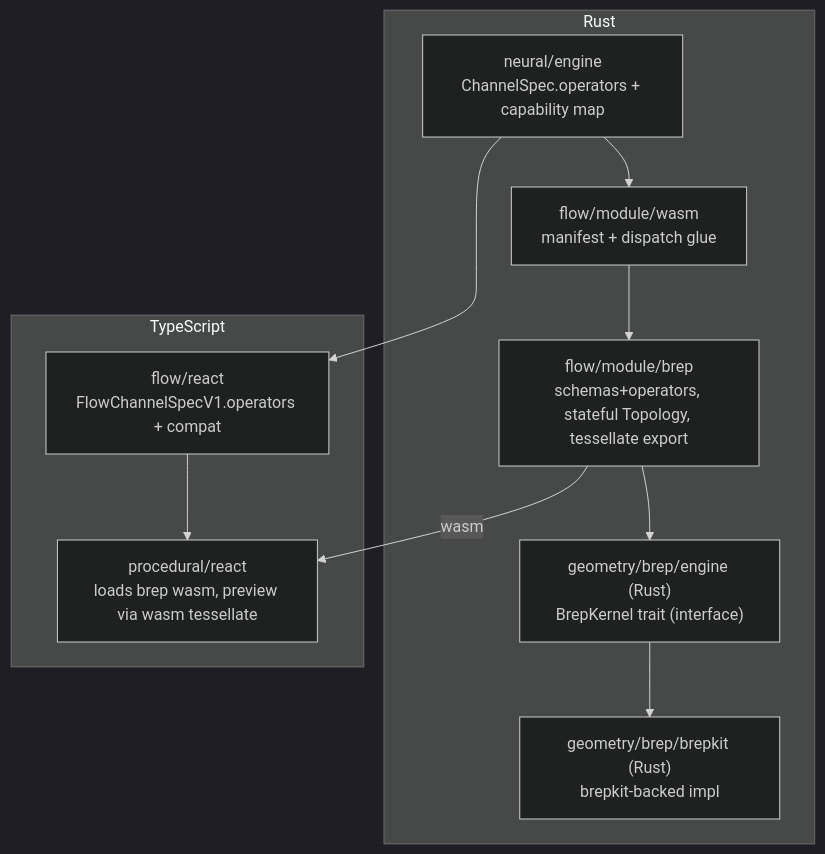
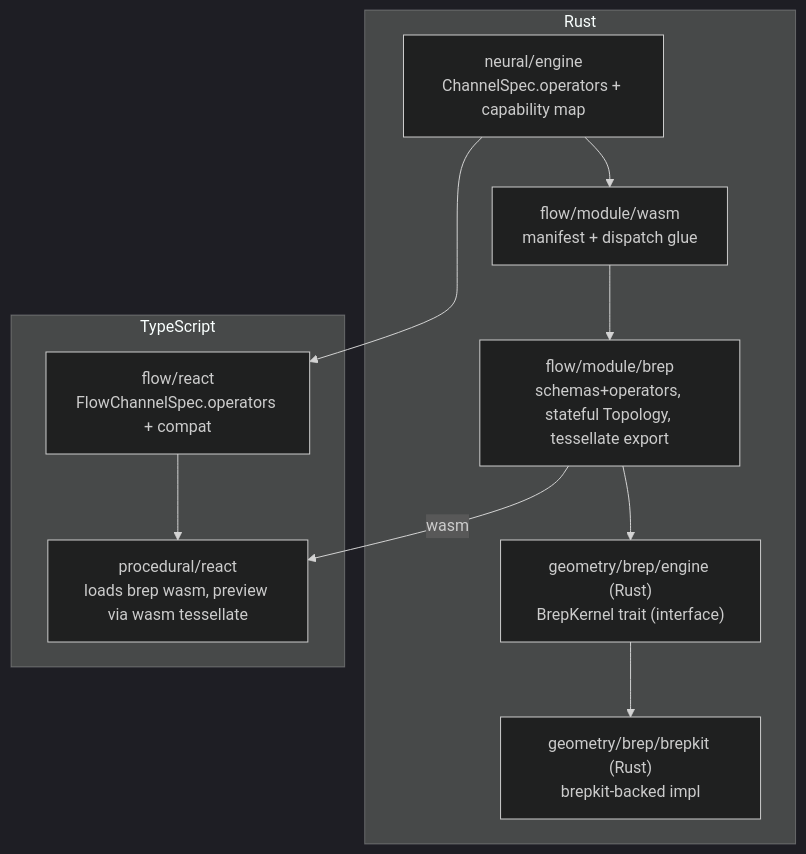
Before and after one commit to usalu/semio: the diagram in .cursor/plans/operator-typed_brep_nodes_a382c9bc.plan.md, drawn with Mermaid (dark theme). The commit also changed other lines of this file and 473 other files, not shown here.

````diff
--- a/.cursor/plans/operator-typed_brep_nodes_a382c9bc.plan.md
+++ b/.cursor/plans/operator-typed_brep_nodes_a382c9bc.plan.md
@@ -47,18 +47,18 @@
 ```mermaid
 graph TB
   subgraph rust [Rust]
     neural["neural/engine<br/>ChannelSpec.operators + capability map"]
     wasmglue["flow/module/wasm<br/>manifest + dispatch glue"]
     brepiface["geometry/brep/engine (Rust)<br/>BrepKernel trait (interface)"]
     brepimpl["geometry/brep/brepkit (Rust)<br/>brepkit-backed impl"]
     brepmod["flow/module/brep<br/>schemas+operators, stateful Topology, tessellate export"]
     neural --> wasmglue --> brepmod
     brepmod --> brepiface --> brepimpl
   end
   subgraph js [TypeScript]
-    flowreact["flow/react<br/>FlowChannelSpecV1.operators + compat"]
+    flowreact["flow/react<br/>FlowChannelSpec.operators + compat"]
     proc["procedural/react<br/>loads brep wasm, preview via wasm tessellate"]
     brepmod -->|wasm| proc
     neural --> flowreact --> proc
   end
 ```
````
